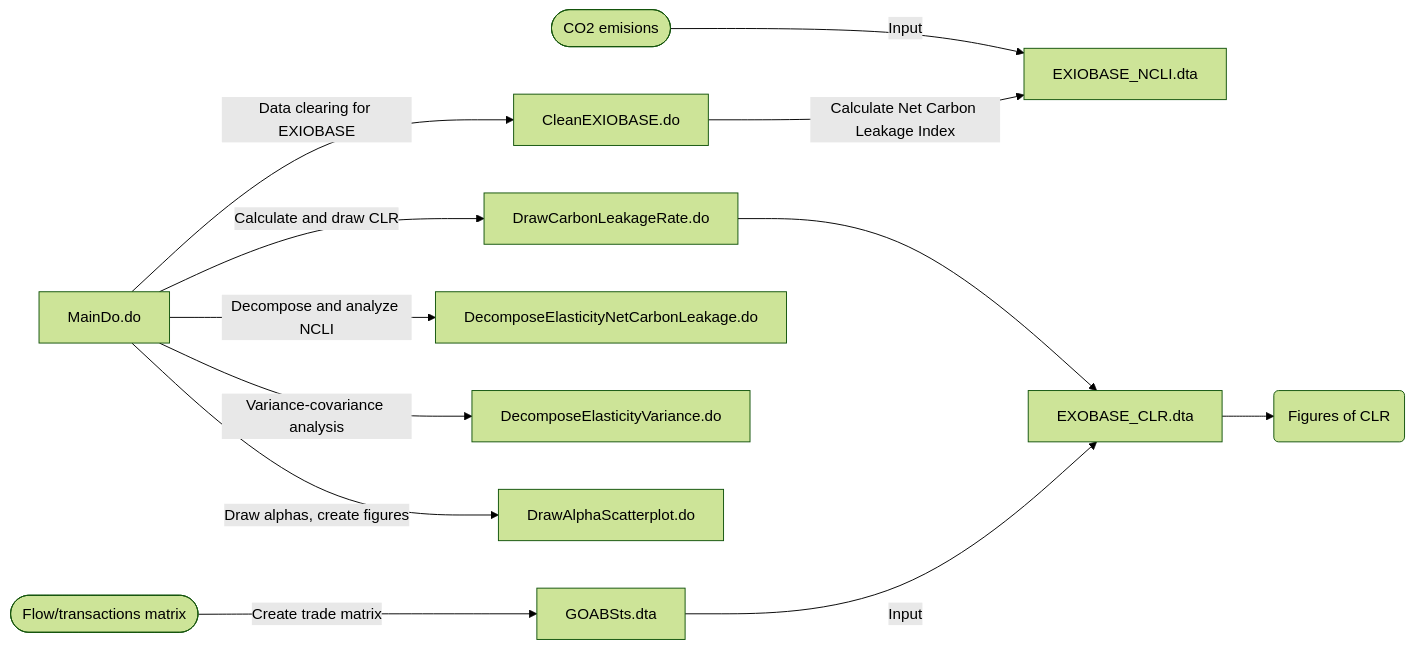
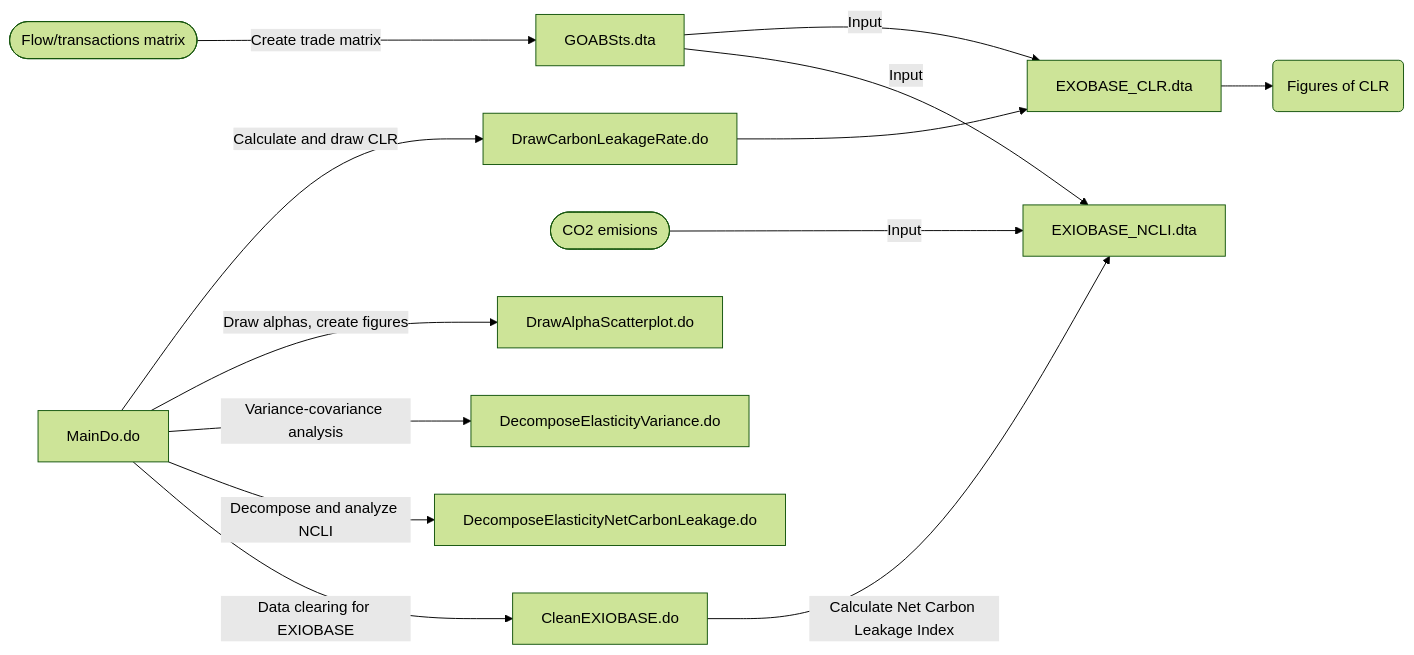
One commit to AkariOno/Trade_Carbon changed the diagram in README.md. Above: the diagram before and after it, drawn with Mermaid (forest theme).

````diff
--- a/README.md
+++ b/README.md
@@ -17,15 +17,16 @@
 ```mermaid
 graph LR;
     A[MainDo.do] --> |Data clearing for EXIOBASE|B[CleanEXIOBASE.do]
     C([Flow/transactions matrix]) --> |Create trade matrix|K[GOABSts.dta]
     E([CO2 emisions]) --> |Input|D[EXIOBASE_NCLI.dta]
     B --> |Calculate Net Carbon Leakage Index|D
     A --> |Decompose and analyze NCLI|F[DecomposeElasticityNetCarbonLeakage.do]
     A --> |Variance-covariance analysis|G[DecomposeElasticityVariance.do]
     A --> |Draw alphas, create figures|H[DrawAlphaScatterplot.do]
     A --> |Calculate and draw CLR|I[DrawCarbonLeakageRate.do]
     I --> J[EXOBASE_CLR.dta]
+    K --> |Input|D
     K --> |Input|J
     J --> L(Figures of CLR)
    
 ```
````
